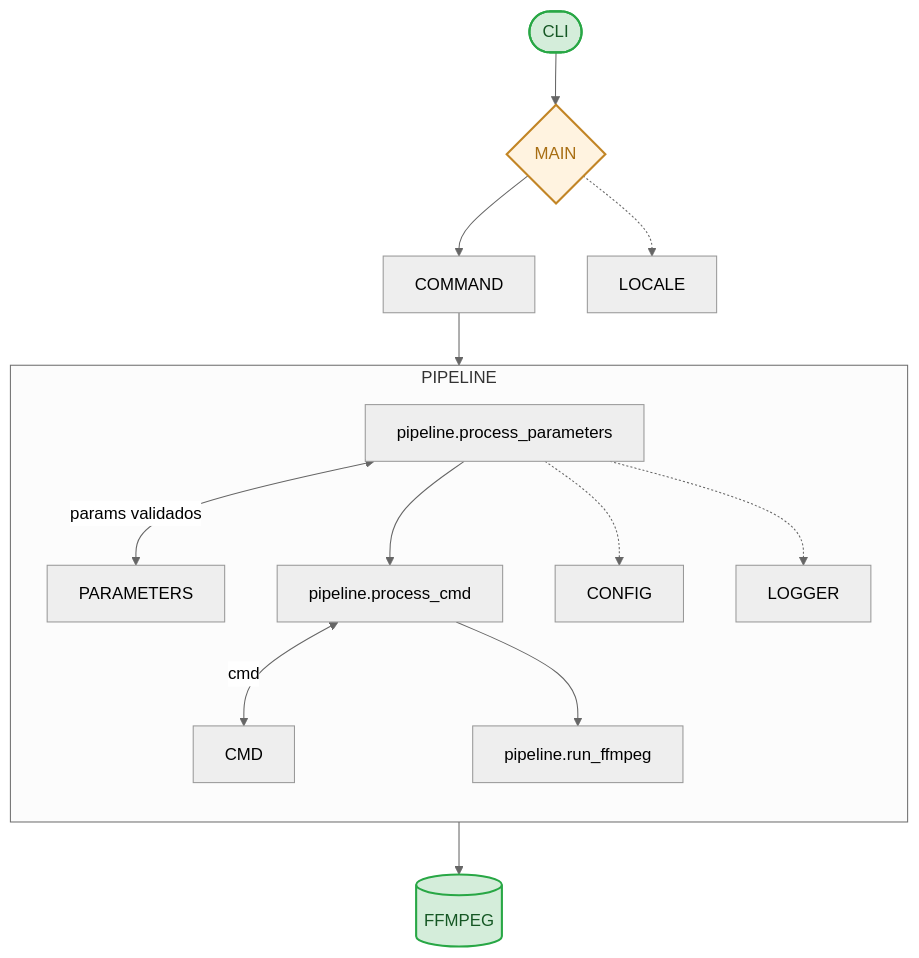
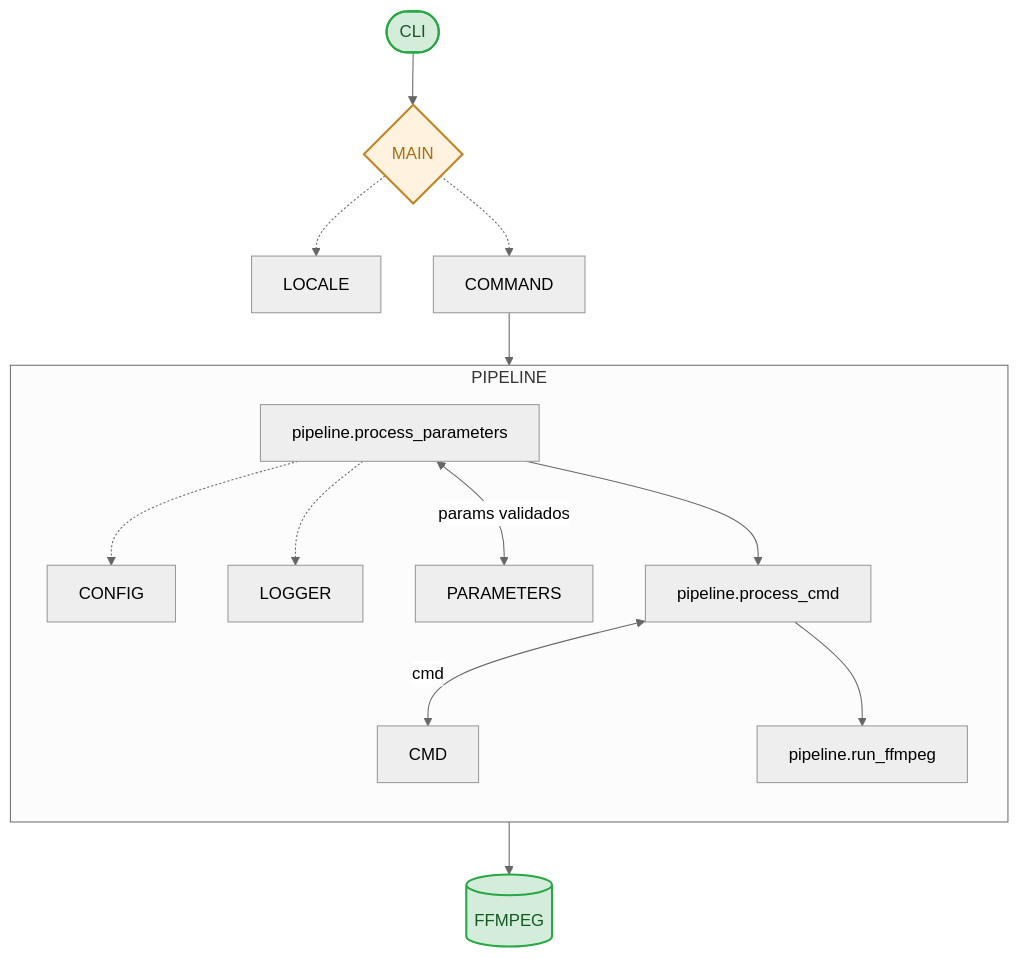
One commit to isidro-rodriguez/pyMedia changed the diagram in README.md. Above: the diagram before and after it, drawn with Mermaid (neutral theme). The commit also changed 7 other files, not shown here.

````diff
--- a/README.md
+++ b/README.md
@@ -309,25 +309,23 @@
 ```mermaid
 flowchart TD
-    CLI(["CLI"]) --> MAIN{"MAIN"} --> COMMAND
+    CLI(["CLI"]) --> MAIN{"MAIN"} 
     MAIN -.-> LOCALE
-    COMMAND --> P1
+    MAIN -.-> COMMAND
+    COMMAND --> P1["pipeline.process_parameters"]
 
     subgraph PIPELINE["PIPELINE"]
         direction TB
-        P1["pipeline.process_parameters"]
-        P2["pipeline.process_cmd"]
-        P3["pipeline.run_ffmpeg"]
-        P1 <-->|"params validados"| PARAMETERS
-        P1 --> P2
         P1 -.-> CONFIG
         P1 -.-> LOGGER
+        P1 <-->|"params validados"| PARAMETERS
+        P1 --> P2["pipeline.process_cmd"]
         P2 <-->|"cmd"| CMD
-        P2 --> P3
+        P2 --> P3["pipeline.run_ffmpeg"]
     end
 
     P3 --> FFMPEG[("FFMPEG")]
 
     style CLI    fill:#d4edda,stroke:#28a745,stroke-width:2px,color:#155724;
     style FFMPEG fill:#d4edda,stroke:#28a745,stroke-width:2px,color:#155724;
     style MAIN   fill:#fff3e0,stroke:#c28525,stroke-width:2px,color:#a86e13;
 ```
````
